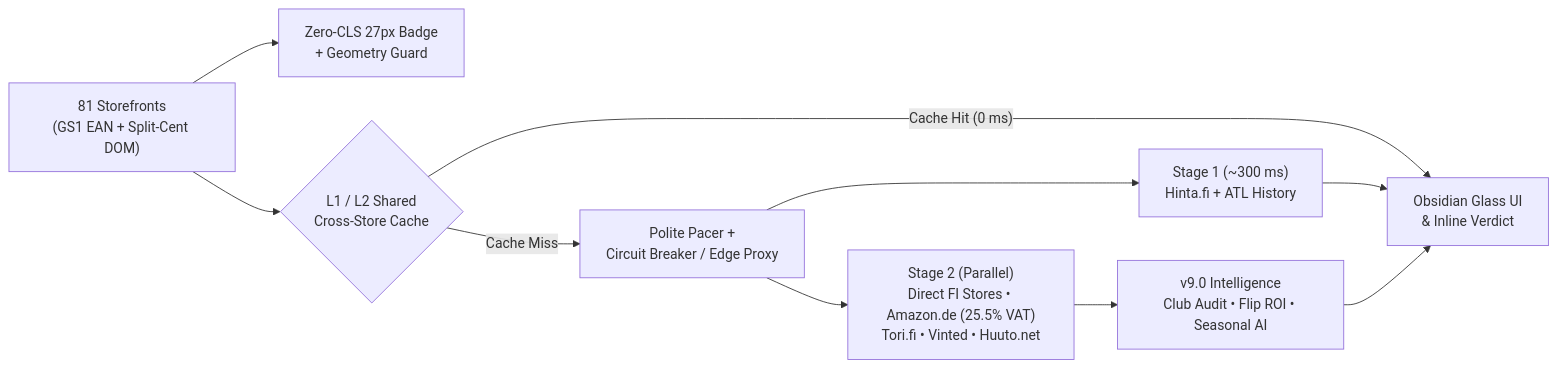
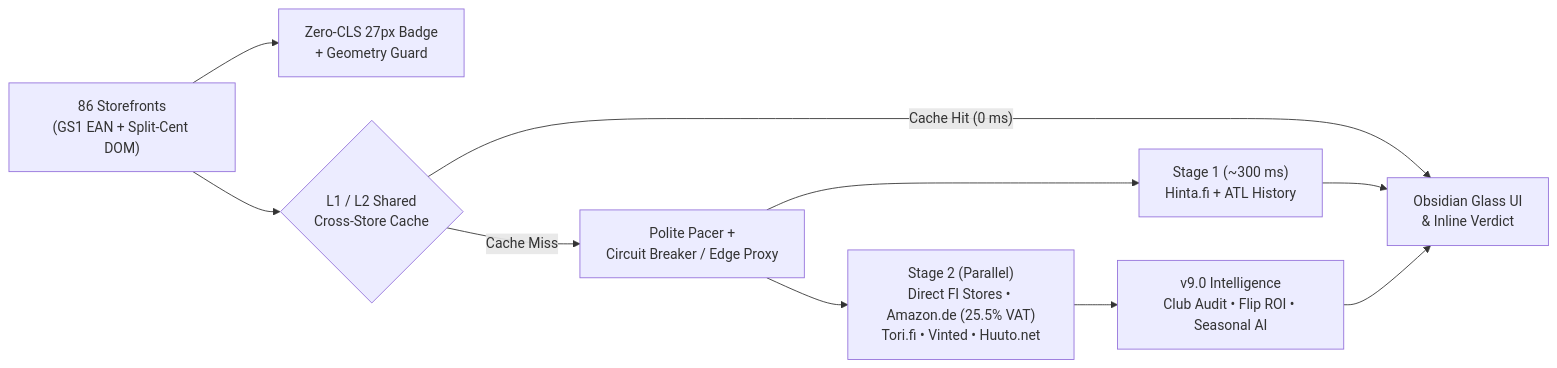
The diagram in README.md (FIMARx/hintatutka), drawn with Mermaid before and after one commit. The commit also changed other lines of this file and 10 other files, not shown here.

````diff
--- a/README.md
+++ b/README.md
@@ -77,12 +77,12 @@
 ```mermaid
 flowchart LR
-    A["81 Storefronts<br/>(GS1 EAN + Split-Cent DOM)"] --> B["Zero-CLS 27px Badge<br/>+ Geometry Guard"]
+    A["86 Storefronts<br/>(GS1 EAN + Split-Cent DOM)"] --> B["Zero-CLS 27px Badge<br/>+ Geometry Guard"]
     A --> C{"L1 / L2 Shared<br/>Cross-Store Cache"}
     C -- "Cache Hit (0 ms)" --> G["Obsidian Glass UI<br/>& Inline Verdict"]
     C -- "Cache Miss" --> D["Polite Pacer +<br/>Circuit Breaker / Edge Proxy"]
     D --> E["Stage 1 (~300 ms)<br/>Hinta.fi + ATL History"]
     D --> F["Stage 2 (Parallel)<br/>Direct FI Stores • Amazon.de (25.5% VAT)<br/>Tori.fi • Vinted • Huuto.net"]
     E --> G
     F --> H["v9.0 Intelligence<br/>Club Audit • Flip ROI • Seasonal AI"]
     H --> G
 ```
````
